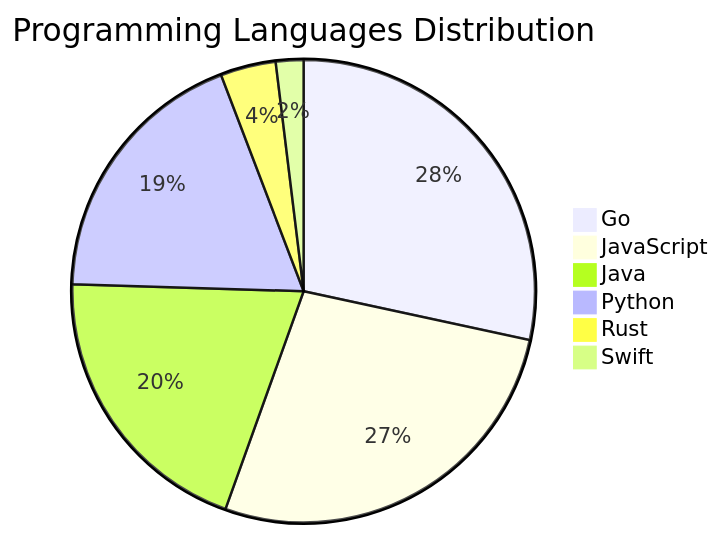
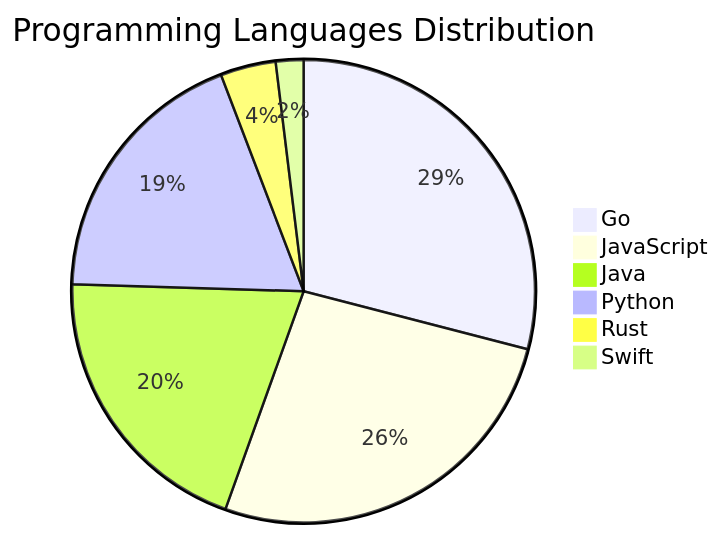
Before and after one commit to Derrick-MUGISHA/github-activity-bot: the diagram in README.md, drawn with Mermaid. The commit also changed other lines of this file and 4 other files, not shown here.

````diff
--- a/README.md
+++ b/README.md
@@ -206,9 +206,9 @@
 ```mermaid
 pie title Programming Languages Distribution
-    "Go" : 44
-    "JavaScript" : 42
+    "Go" : 45
+    "JavaScript" : 41
     "Java" : 31
     "Python" : 29
     "Rust" : 6
     "Swift" : 3
 ```
````
